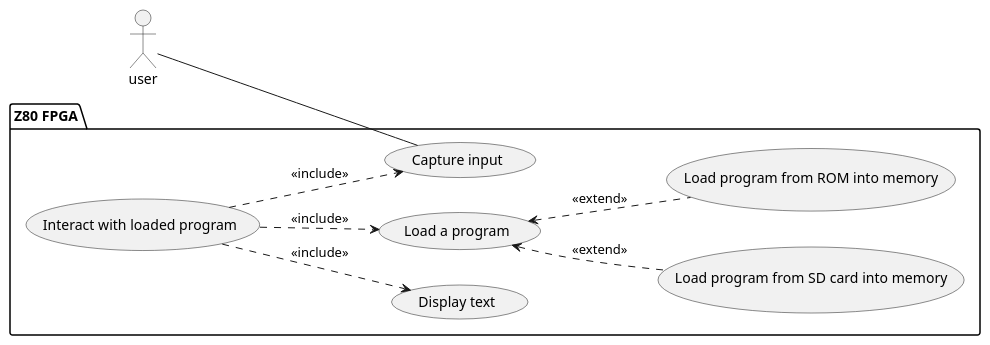
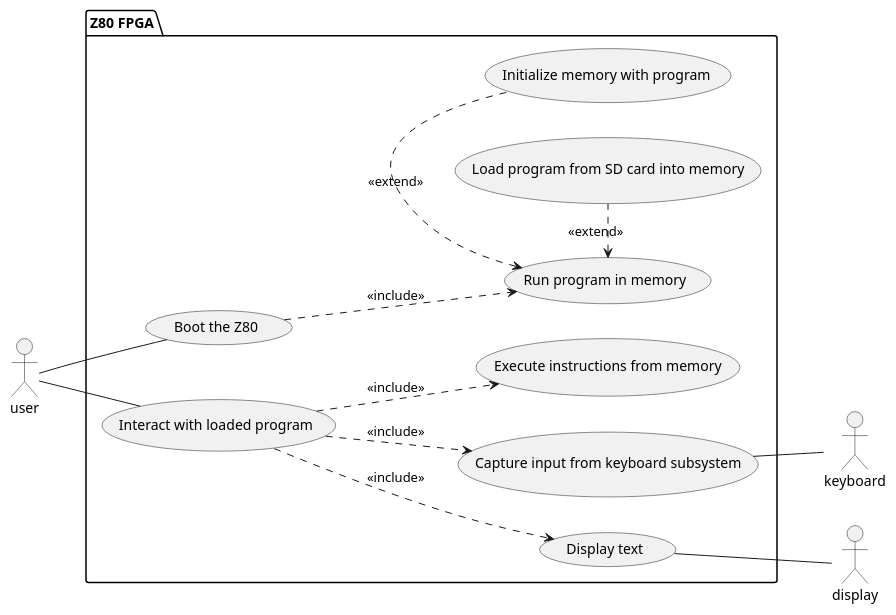
The diagram in src/pdd/use-case/z80-usecase.puml (waridh/capstone-diagrams), drawn with PlantUML before and after one commit. The commit also changed 1 other file, not shown here.

Commit message:
added update to the usecase diagram

```diff
--- a/src/pdd/use-case/z80-usecase.puml
+++ b/src/pdd/use-case/z80-usecase.puml
@@ -1,18 +1,26 @@
 @startuml
 left to right direction
 :user:
+:keyboard:
+:display:
 package "Z80 FPGA" as z80 {
+        usecase "Boot the Z80" as boot_use
         usecase "Interact with loaded program" as interact_use
-        usecase "Capture input" as cinput
+        usecase "Execute instructions from memory" as execute_system
+        usecase "Capture input from keyboard subsystem" as cinput
         usecase "Display text" as dout
-        usecase "Load a program" as load
+        usecase "Run program in memory" as load
         usecase "Load program from SD card into memory" as load_sd
-        usecase "Load program from ROM into memory" as load_rom
+        usecase "Initialize memory with program" as load_rom
 }
-:user: -- cinput
+:user: -- boot_use
+:user: -- interact_use
 interact_use ..> cinput : <<include>>
 interact_use ..> dout : <<include>>
-interact_use ..> load : <<include>>
-load <.. load_rom : <<extend>>
-load <.. load_sd : <<extend>>
+interact_use ..> execute_system : <<include>>
+boot_use ..> load : <<include>>
+load <. load_rom : <<extend>>
+load <. load_sd : <<extend>>
+cinput -- :keyboard:
+dout -- :display:
 @enduml
```
